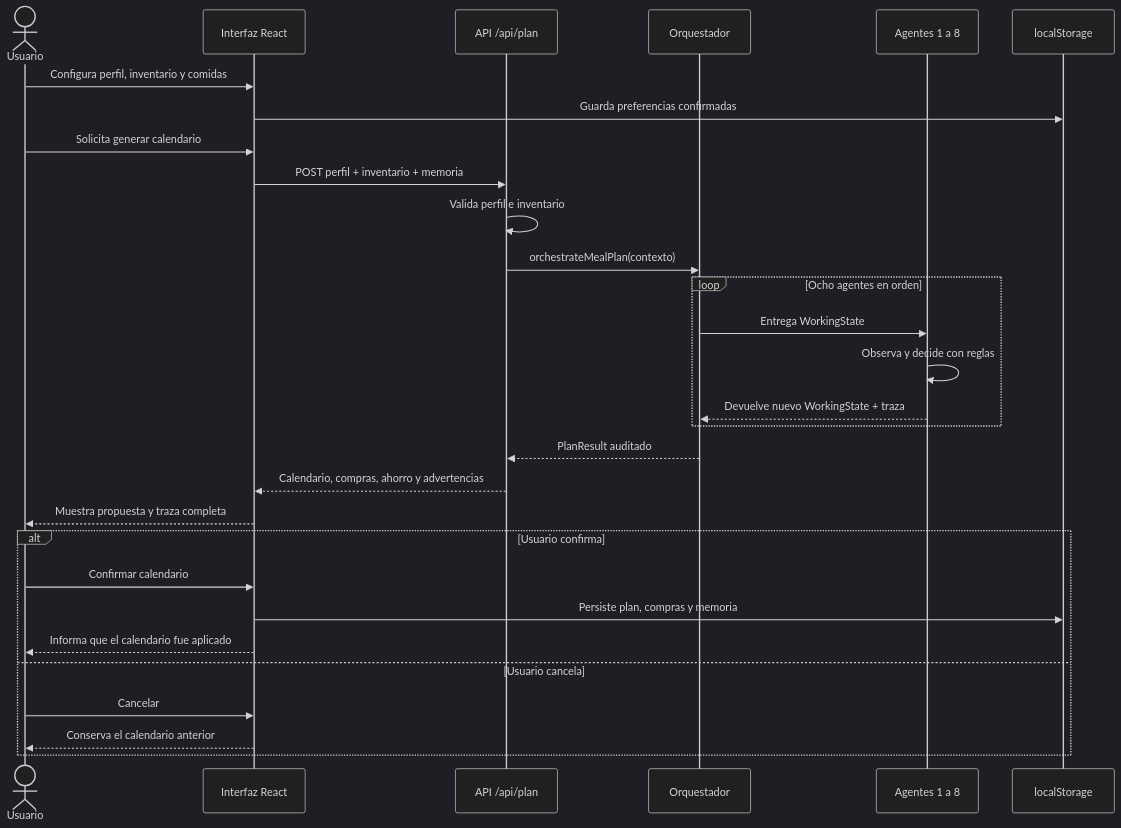
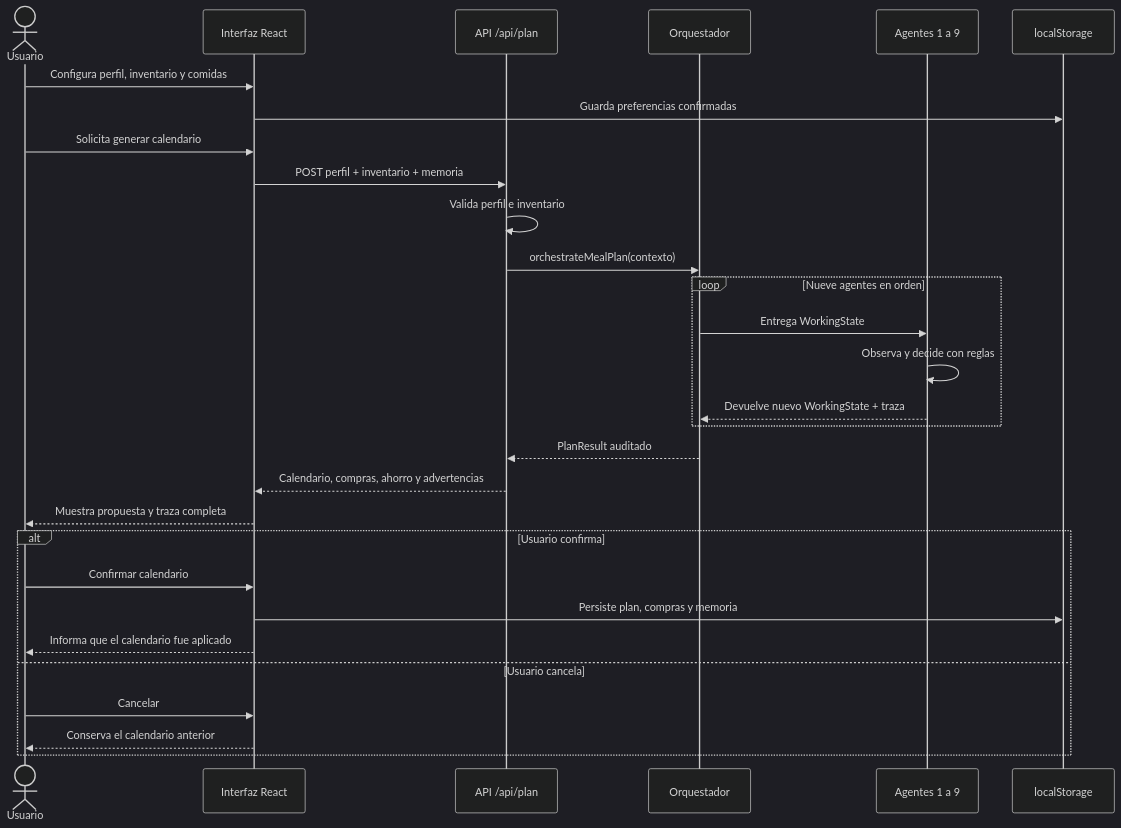
The third of 3 diagrams in docs/arquitectura.md (LautyDe/Entrega-CursoIA), drawn with Mermaid (dark theme) before and after one commit. The commit also changed other lines of this file and 13 other files, not shown here.

````diff
--- a/docs/arquitectura.md
+++ b/docs/arquitectura.md
@@ -115,35 +118,35 @@
 ```mermaid
 sequenceDiagram
     actor U as Usuario
     participant UI as Interfaz React
     participant API as API /api/plan
     participant O as Orquestador
-    participant A as Agentes 1 a 8
+    participant A as Agentes 1 a 9
     participant M as localStorage
 
     U->>UI: Configura perfil, inventario y comidas
     UI->>M: Guarda preferencias confirmadas
     U->>UI: Solicita generar calendario
     UI->>API: POST perfil + inventario + memoria
     API->>API: Valida perfil e inventario
     API->>O: orchestrateMealPlan(contexto)
 
-    loop Ocho agentes en orden
+    loop Nueve agentes en orden
         O->>A: Entrega WorkingState
         A->>A: Observa y decide con reglas
         A-->>O: Devuelve nuevo WorkingState + traza
     end
 
     O-->>API: PlanResult auditado
     API-->>UI: Calendario, compras, ahorro y advertencias
     UI-->>U: Muestra propuesta y traza completa
 
     alt Usuario confirma
         U->>UI: Confirmar calendario
         UI->>M: Persiste plan, compras y memoria
         UI-->>U: Informa que el calendario fue aplicado
     else Usuario cancela
         U->>UI: Cancelar
         UI-->>U: Conserva el calendario anterior
     end
 ```
````
